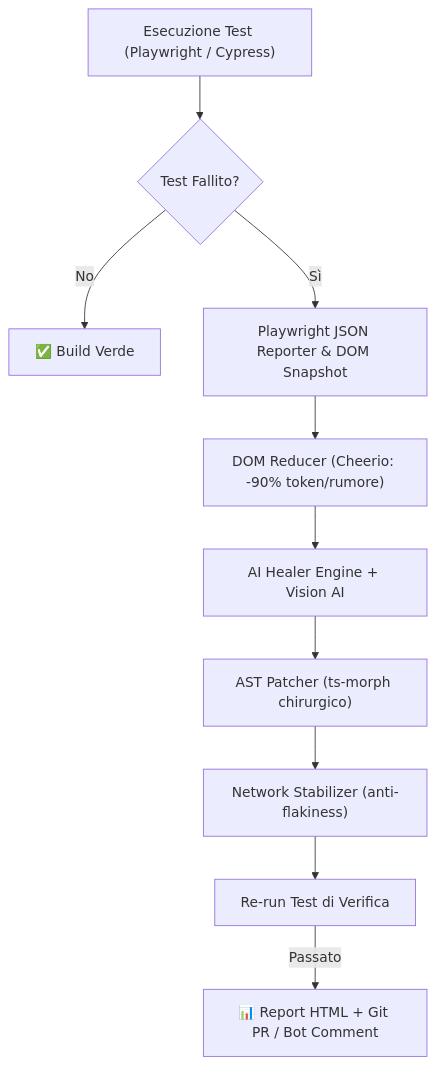
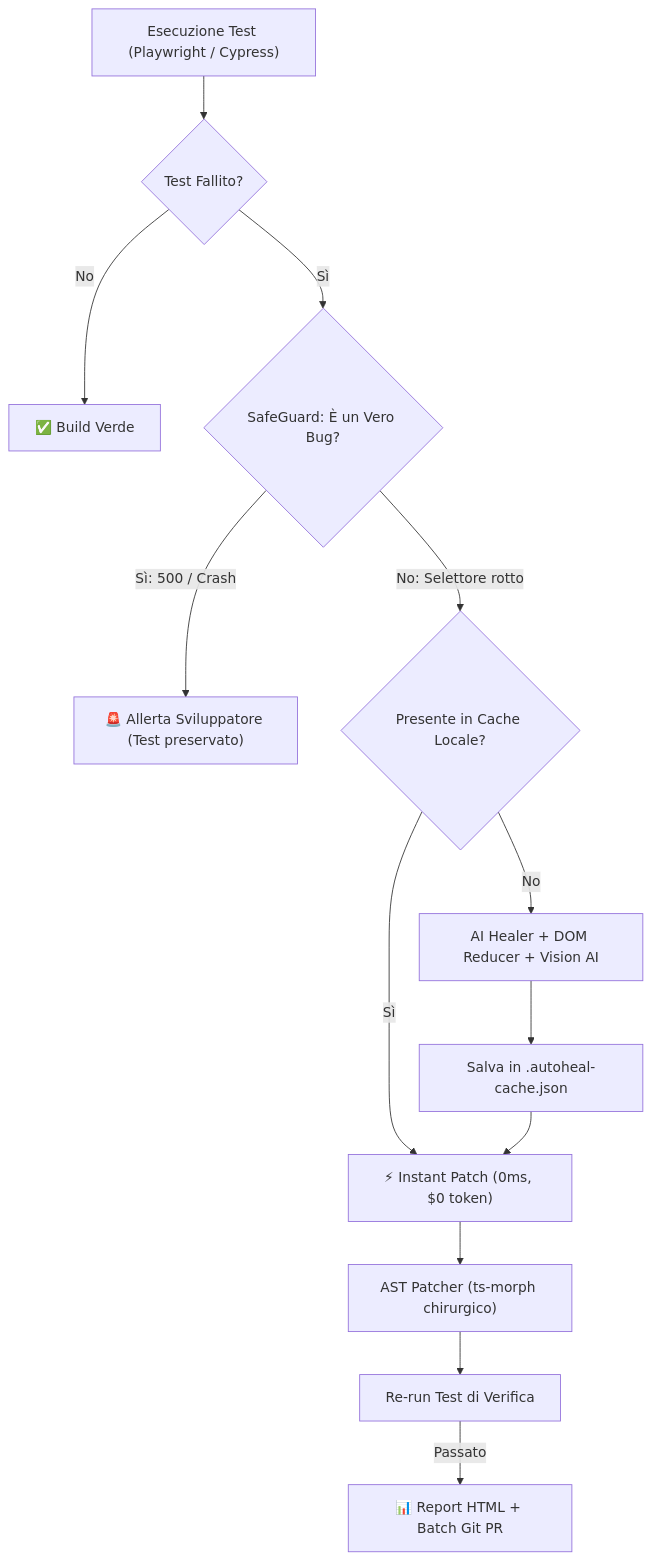
Before and after one commit to francaroscillidev-gif/autoheal: the diagram in README.md, drawn with Mermaid. The commit also changed other lines of this file and 7 other files, not shown here.

Commit message:
feat(v3.0): add Persistent Cache, SafeGuard bug detector, Live Watcher, and Batch PR generator

````diff
--- a/README.md
+++ b/README.md
@@ -37,12 +37,15 @@
 ```mermaid
 flowchart TD
     A["Esecuzione Test (Playwright / Cypress)"] --> B{"Test Fallito?"}
     B -- No --> C["✅ Build Verde"]
-    B -- Sì --> D["Playwright JSON Reporter & DOM Snapshot"]
-    D --> E["DOM Reducer (Cheerio: -90% token/rumore)"]
-    E --> F["AI Healer Engine + Vision AI"]
-    F --> G["AST Patcher (ts-morph chirurgico)"]
-    G --> H["Network Stabilizer (anti-flakiness)"]
-    H --> I["Re-run Test di Verifica"]
-    I -- Passato --> J["📊 Report HTML + Git PR / Bot Comment"]
+    B -- Sì --> D{"SafeGuard: È un Vero Bug?"}
+    D -- Sì: 500 / Crash --> E["🚨 Allerta Sviluppatore (Test preservato)"]
+    D -- No: Selettore rotto --> F{"Presente in Cache Locale?"}
+    F -- Sì --> G["⚡ Instant Patch (0ms, $0 token)"]
+    F -- No --> H["AI Healer + DOM Reducer + Vision AI"]
+    H --> I["Salva in .autoheal-cache.json"]
+    I --> G
+    G --> J["AST Patcher (ts-morph chirurgico)"]
+    J --> K["Re-run Test di Verifica"]
+    K -- Passato --> L["📊 Report HTML + Batch Git PR"]
 ```
````
